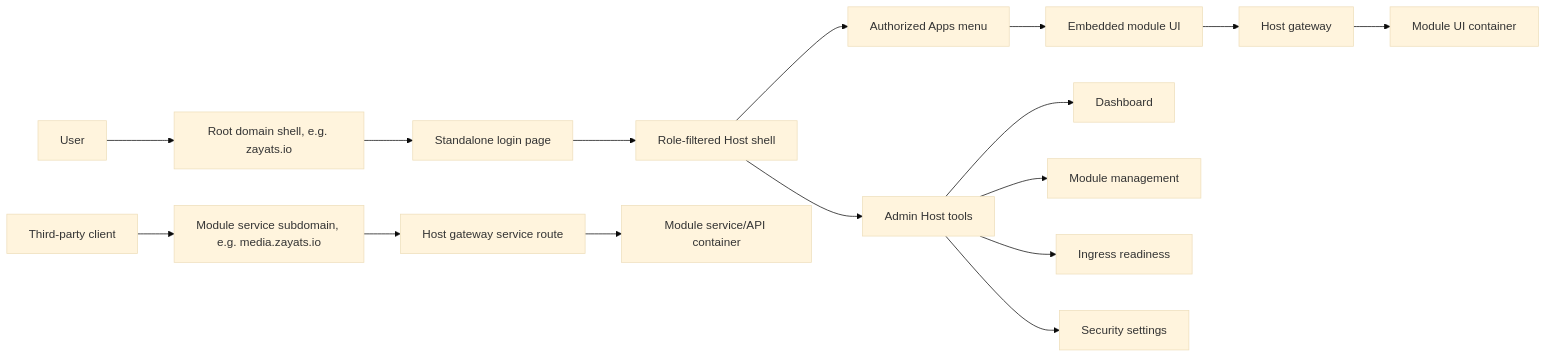
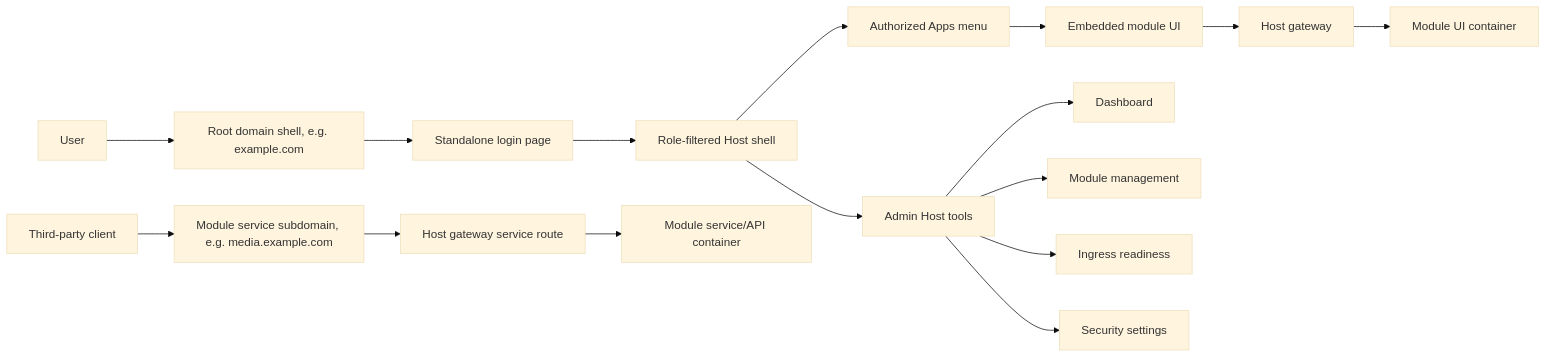
One commit to alex-de-haas/docker-host changed the diagram in docs/planning/host-app-shell.md. Above: the diagram before and after it, drawn with Mermaid (base theme). The commit also changed other lines of this file and 10 other files, not shown here.

````diff
--- a/docs/planning/host-app-shell.md
+++ b/docs/planning/host-app-shell.md
@@ -31,19 +31,19 @@
 ```mermaid
 flowchart LR
-  U["User"] --> R["Root domain shell, e.g. zayats.io"]
+  U["User"] --> R["Root domain shell, e.g. example.com"]
   R --> L["Standalone login page"]
   L --> S["Role-filtered Host shell"]
   S --> H["Admin Host tools"]
   S --> A["Authorized Apps menu"]
   A --> P["Embedded module UI"]
   P --> G["Host gateway"]
   G --> M["Module UI container"]
-  C["Third-party client"] --> SD["Module service subdomain, e.g. media.zayats.io"]
+  C["Third-party client"] --> SD["Module service subdomain, e.g. media.example.com"]
   SD --> G2["Host gateway service route"]
   G2 --> B["Module service/API container"]
 
   H --> D["Dashboard"]
   H --> N["Module management"]
   H --> I["Ingress readiness"]
   H --> X["Security settings"]
 ```
````
